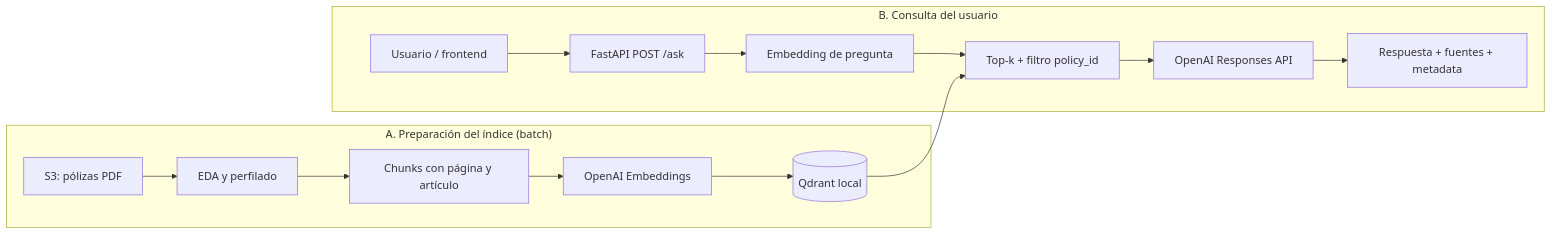
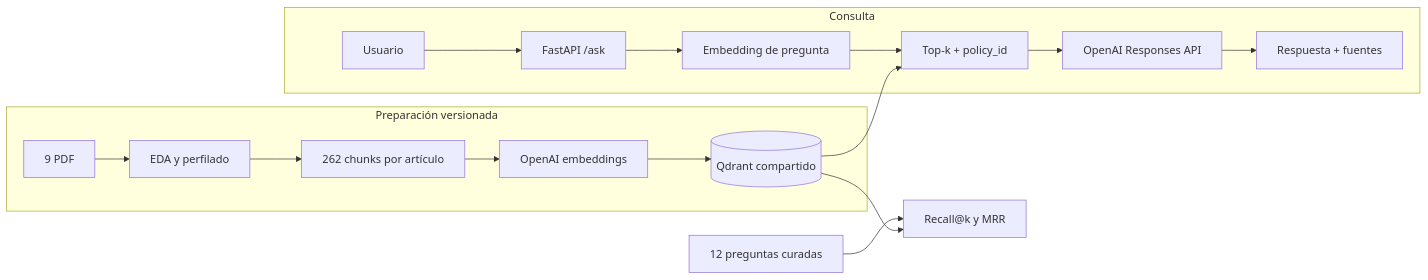
Before and after one commit to mateosalgado3/Insurance-Policy-Generation-Chatbot-: the diagram in docs/architecture.md, drawn with Mermaid. The commit also changed other lines of this file and 14 other files, not shown here.

````diff
--- a/docs/architecture.md
+++ b/docs/architecture.md
@@ -5,18 +5,21 @@
 ```mermaid
 flowchart LR
-    subgraph batch["A. Preparación del índice (batch)"]
-        s3["S3: pólizas PDF"] --> eda["EDA y perfilado"]
-        eda --> chunks["Chunks con página y artículo"]
-        chunks --> embedDocs["OpenAI Embeddings"]
-        embedDocs --> qdrant[("Qdrant local")]
+    subgraph batch["Preparación versionada"]
+        pdf["9 PDF"] --> eda["EDA y perfilado"]
+        eda --> chunks["262 chunks por artículo"]
+        chunks --> embedDocs["OpenAI embeddings"]
+        embedDocs --> qdrant[("Qdrant compartido")]
     end
 
-    subgraph request["B. Consulta del usuario"]
-        user["Usuario / frontend"] --> api["FastAPI POST /ask"]
+    subgraph request["Consulta"]
+        user["Usuario"] --> api["FastAPI /ask"]
         api --> embedQuery["Embedding de pregunta"]
-        embedQuery --> retrieve["Top-k + filtro policy_id"]
+        embedQuery --> retrieve["Top-k + policy_id"]
         qdrant --> retrieve
         retrieve --> llm["OpenAI Responses API"]
-        llm --> answer["Respuesta + fuentes + metadata"]
+        llm --> answer["Respuesta + fuentes"]
     end
+
+    questions["12 preguntas curadas"] --> evaluation["Recall@k y MRR"]
+    qdrant --> evaluation
 ```
````
